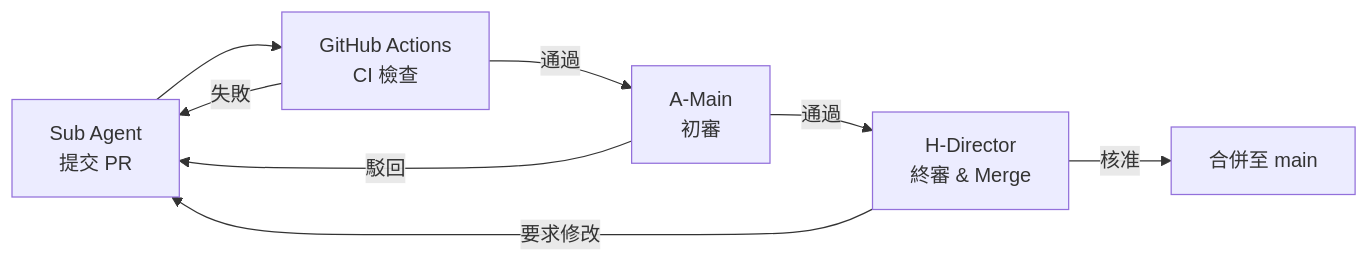
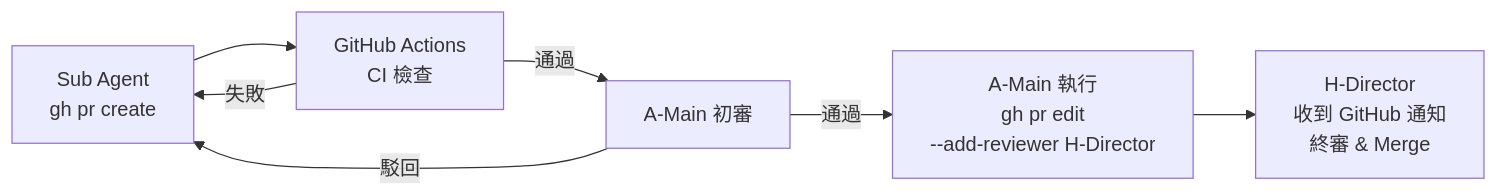
One commit to robin-li/vibe-money-book changed the fourth of 4 diagrams in .claude/skills/vibe-sdlc-p1-spec/examples/docs/02-Dev_Plan.md. Above: the diagram before and after it, drawn with Mermaid. The commit also changed other lines of this file and 1 other file, not shown here.

````diff
--- a/.claude/skills/vibe-sdlc-p1-spec/examples/docs/02-Dev_Plan.md
+++ b/.claude/skills/vibe-sdlc-p1-spec/examples/docs/02-Dev_Plan.md
@@ -550,10 +566,9 @@
 ```mermaid
 flowchart LR
-    SUB["Sub Agent<br/>提交 PR"] --> CI["GitHub Actions<br/>CI 檢查"]
-    CI -->|通過| MAIN["A-Main<br/>初審"]
+    SUB["Sub Agent<br/>gh pr create"] --> CI["GitHub Actions<br/>CI 檢查"]
+    CI -->|通過| MAIN["A-Main 初審"]
     CI -->|失敗| SUB
-    MAIN -->|通過| DIR["H-Director<br/>終審 & Merge"]
+    MAIN -->|通過| REQ["A-Main 執行<br/>gh pr edit<br/>--add-reviewer H-Director"]
+    REQ --> DIR["H-Director<br/>收到 GitHub 通知<br/>終審 & Merge"]
     MAIN -->|駁回| SUB
-    DIR -->|要求修改| SUB
-    DIR -->|核准| MERGE["合併至 main"]
 ```
````
